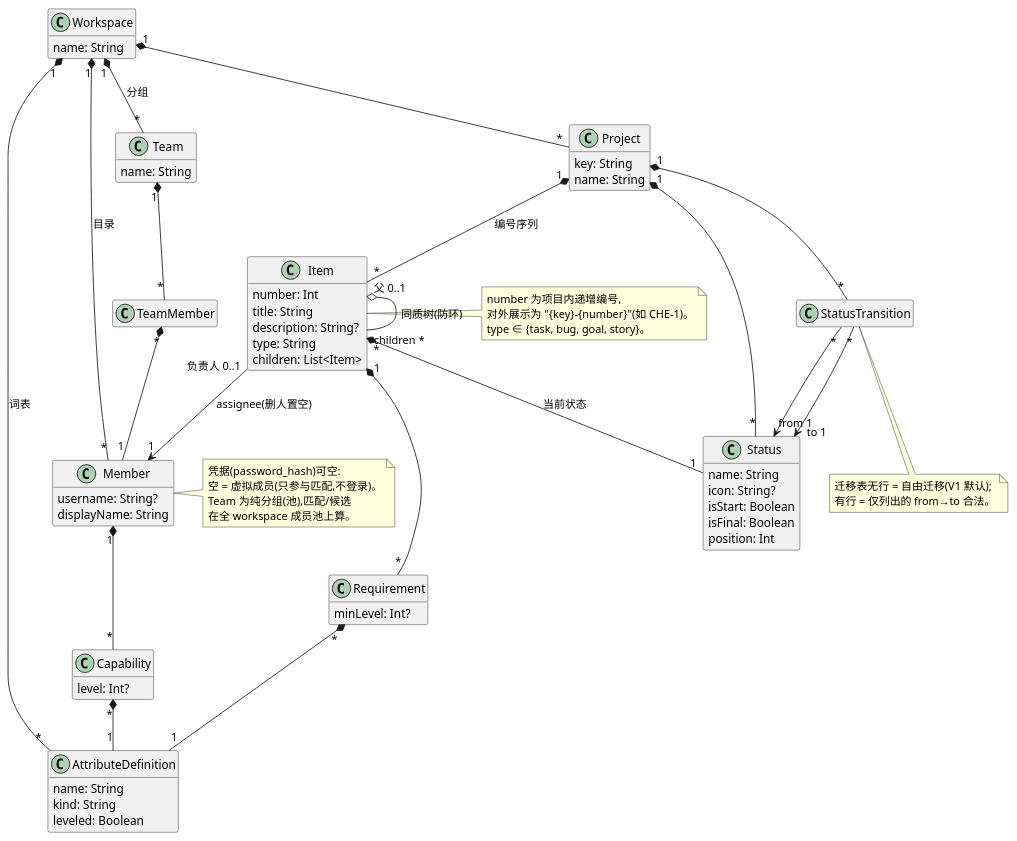
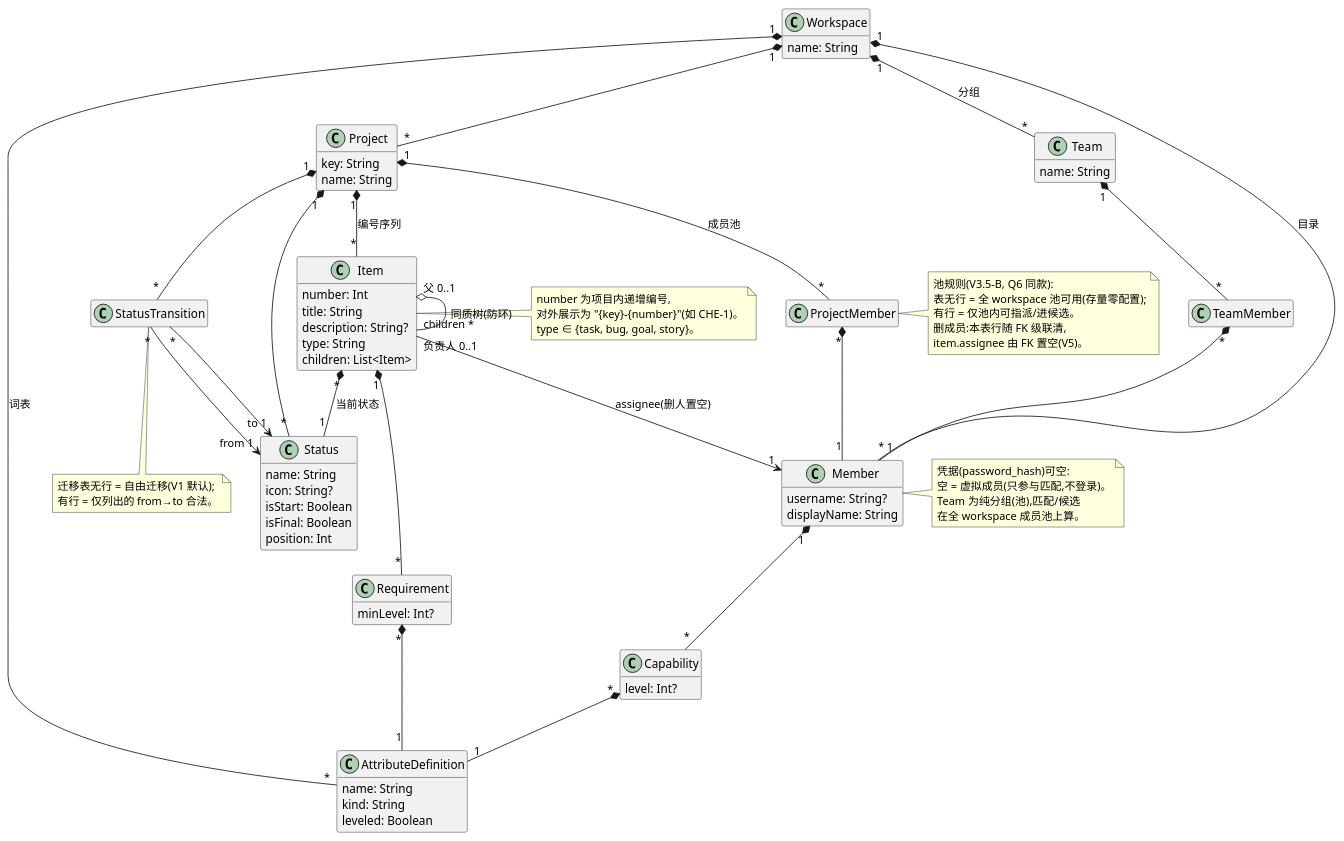
One commit to jcwhmn/yangzhou changed the diagram in docs/architecture/entities.puml. Above: the diagram before and after it, drawn with PlantUML. The commit also changed 9 other files, not shown here.

```diff
--- a/docs/architecture/entities.puml
+++ b/docs/architecture/entities.puml
@@ -1,90 +1,101 @@
 @startuml
 hide empty members
 ' yangzhou.persistence — schema 实体概念图(V1__core.sql + V2__workflow.sql)
 ' 只画领域字段;infra(id/objectId/createdAt/updatedAt/passwordHash/lastItemNumber)不画;
 ' parentId 不画,反转为父侧 children(List)。真相源是 Flyway schema:改表必须同步此图(AGENTS.md「类图」)。
 hide empty members
 skinparam classAttributeIconSize 0
 
 class Workspace {
   name: String
 }
 class Member {
   username: String?
   displayName: String
 }
 class AttributeDefinition {
   name: String
   kind: String
   leveled: Boolean
 }
 class Capability {
   level: Int?
 }
 class Project {
   key: String
   name: String
 }
+class ProjectMember
 class Status {
   name: String
   icon: String?
   isStart: Boolean
   isFinal: Boolean
   position: Int
 }
 class StatusTransition
 class Team {
   name: String
 }
 class Item {
   number: Int
   title: String
   description: String?
   type: String
   children: List<Item>
 }
 class Requirement {
   minLevel: Int?
 }
 
 Workspace "1" *-- "*" Member : 目录
 Workspace "1" *-- "*" AttributeDefinition : 词表
 Workspace "1" *-- "*" Team : 分组
 Team "1" *-- "*" TeamMember
 TeamMember "*" *-- "1" Member
 
 Workspace "1" *-- "*" Project
 
 Member "1" *-- "*" Capability
 Capability "*" *-- "1" AttributeDefinition
 
 Project "1" *-- "*" Item : 编号序列
 Project "1" *-- "*" Status
 Project "1" *-- "*" StatusTransition
+Project "1" *-- "*" ProjectMember : 成员池
+ProjectMember "*" *-- "1" Member
+
+note right of ProjectMember
+  池规则(V3.5-B, Q6 同款):
+  表无行 = 全 workspace 池可用(存量零配置);
+  有行 = 仅池内可指派/进候选。
+  删成员:本表行随 FK 级联清,
+  item.assignee 由 FK 置空(V5)。
+end note
 
 Item "父 0..1" o-- "children *" Item : 同质树(防环)
 
 Item "负责人 0..1" --> "1" Member : assignee(删人置空)
 Item "*" *-- "1" Status : 当前状态
 Item "1" *-- "*" Requirement
 Requirement "*" *-- "1" AttributeDefinition
 
 StatusTransition "*" --> "from 1" Status
 StatusTransition "*" --> "to 1" Status
 
 note bottom of StatusTransition
   迁移表无行 = 自由迁移(V1 默认);
   有行 = 仅列出的 from→to 合法。
 end note
 note right of Member
   凭据(password_hash)可空:
   空 = 虚拟成员(只参与匹配,不登录)。
   Team 为纯分组(池),匹配/候选
   在全 workspace 成员池上算。
 end note
 note right of Item
   number 为项目内递增编号,
   对外展示为 "{key}-{number}"(如 CHE-1)。
   type ∈ {task, bug, goal, story}。
 end note
 @enduml
```
